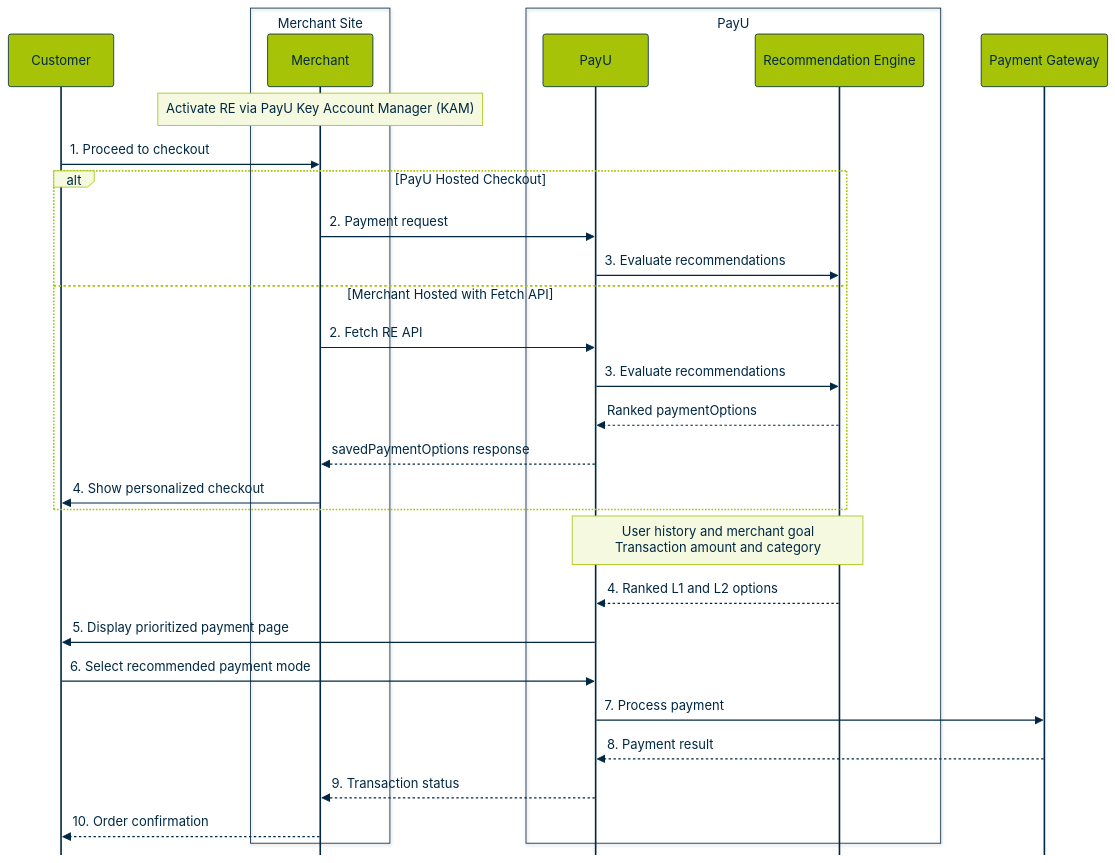
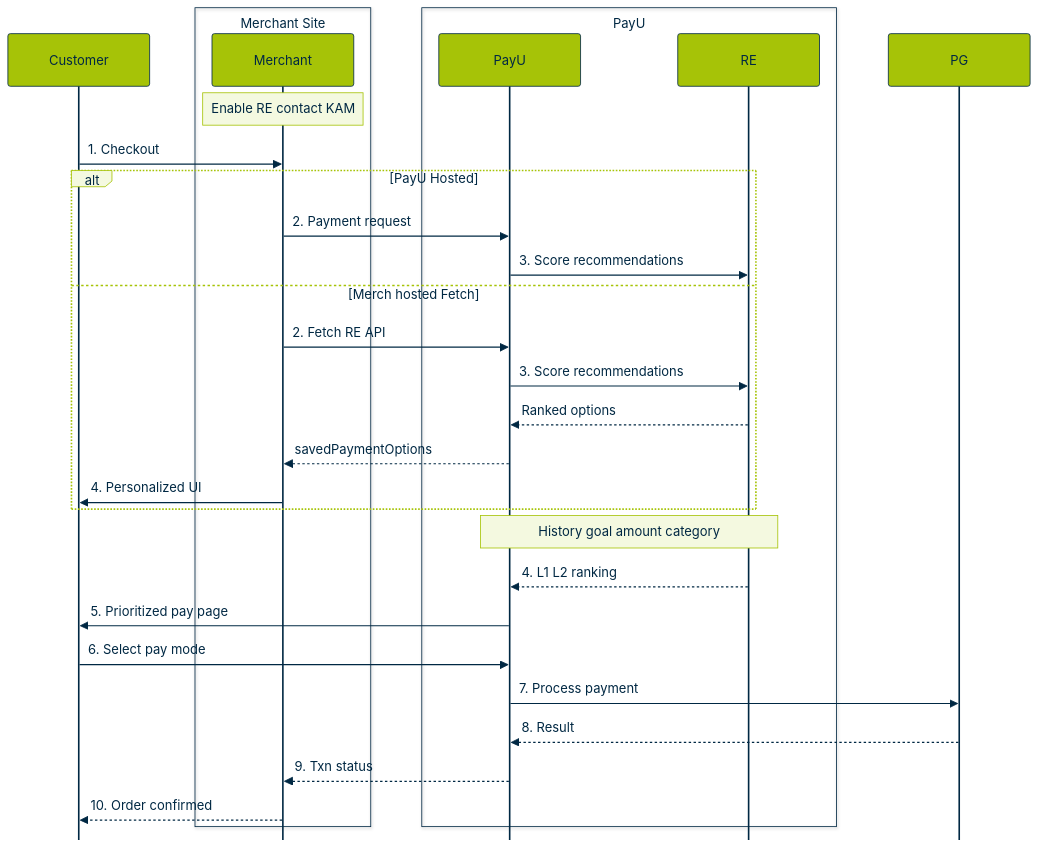
One commit to payu-india/CMS-Chatbot changed diagram 12 of 17 in docs/RECYCLE BIN/internal-review-swimlane-diagrams.md. Above: the diagram before and after it, drawn with Mermaid. The commit also changed other lines of this file, not shown here.

Commit message:
Update doc `internal-review-swimlane-diagrams`

````diff
--- a/docs/RECYCLE BIN/internal-review-swimlane-diagrams.md
+++ b/docs/RECYCLE BIN/internal-review-swimlane-diagrams.md
@@ -827,12 +834,12 @@
     "fontSize": 10,
     "actorFontSize": 10,
     "noteFontSize": 10,
-    "actorMargin": 58,
-    "width": 130,
+    "actorMargin": 72,
+    "width": 175,
     "boxMargin": 8,
-    "messageMargin": 30,
-    "diagramMarginX": 40,
-    "diagramMarginY": 14
+    "messageMargin": 34,
+    "diagramMarginX": 48,
+    "diagramMarginY": 16
   },
   "themeVariables": {
     "fontFamily": "Arial, Helvetica, sans-serif",
@@ -875,34 +882,34 @@
     end
     box PayU
         participant PayU
-        participant RE as Recommendation Engine
+        participant RE as RE
     end
-    participant PG as Payment Gateway
+    participant PG as PG
 
-    Note over Merchant: Activate RE via PayU Key Account Manager (KAM)
+    Note over Merchant: Enable RE contact KAM
 
-    Customer->>Merchant: 1. Proceed to checkout
+    Customer->>Merchant: 1. Checkout
 
-    alt PayU Hosted Checkout
+    alt PayU Hosted
         Merchant->>PayU: 2. Payment request
-        PayU->>RE: 3. Evaluate recommendations
-    else Merchant Hosted with Fetch API
+        PayU->>RE: 3. Score recommendations
+    else Merch hosted Fetch
         Merchant->>PayU: 2. Fetch RE API
-        PayU->>RE: 3. Evaluate recommendations
-        RE-->>PayU: Ranked paymentOptions
-        PayU-->>Merchant: savedPaymentOptions response
-        Merchant->>Customer: 4. Show personalized checkout
+        PayU->>RE: 3. Score recommendations
+        RE-->>PayU: Ranked options
+        PayU-->>Merchant: savedPaymentOptions
+        Merchant->>Customer: 4. Personalized UI
     end
 
-    Note over RE,PayU: User history and merchant goal<br/>Transaction amount and category
+    Note over RE,PayU: History goal amount category
 
-    RE-->>PayU: 4. Ranked L1 and L2 options
-    PayU->>Customer: 5. Display prioritized payment page
+    RE-->>PayU: 4. L1 L2 ranking
+    PayU->>Customer: 5. Prioritized pay page
 
-    Customer->>PayU: 6. Select recommended payment mode
+    Customer->>PayU: 6. Select pay mode
     PayU->>PG: 7. Process payment
-    PG-->>PayU: 8. Payment result
+    PG-->>PayU: 8. Result
 
-    PayU-->>Merchant: 9. Transaction status
-    Merchant-->>Customer: 10. Order confirmation
+    PayU-->>Merchant: 9. Txn status
+    Merchant-->>Customer: 10. Order confirmed
 ```
````
